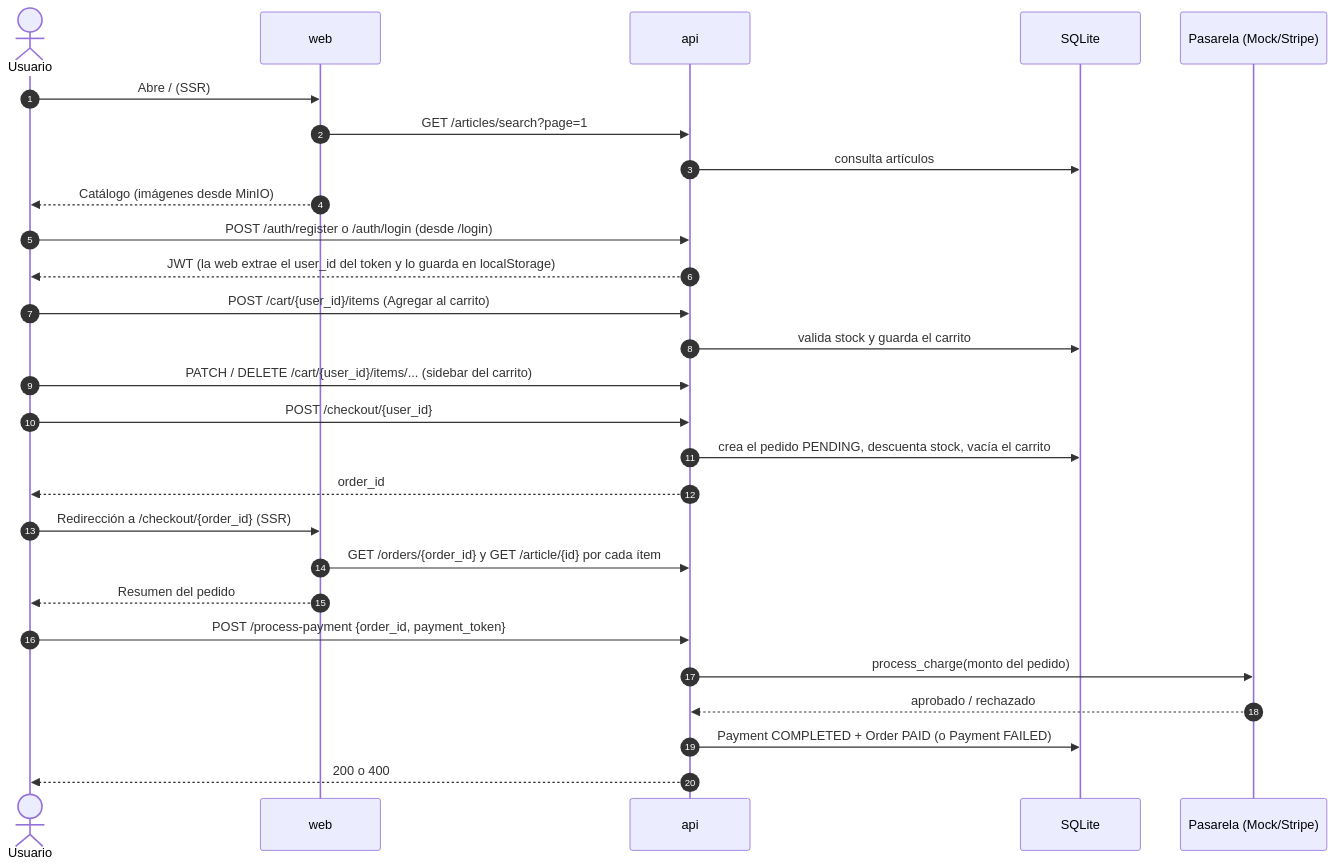
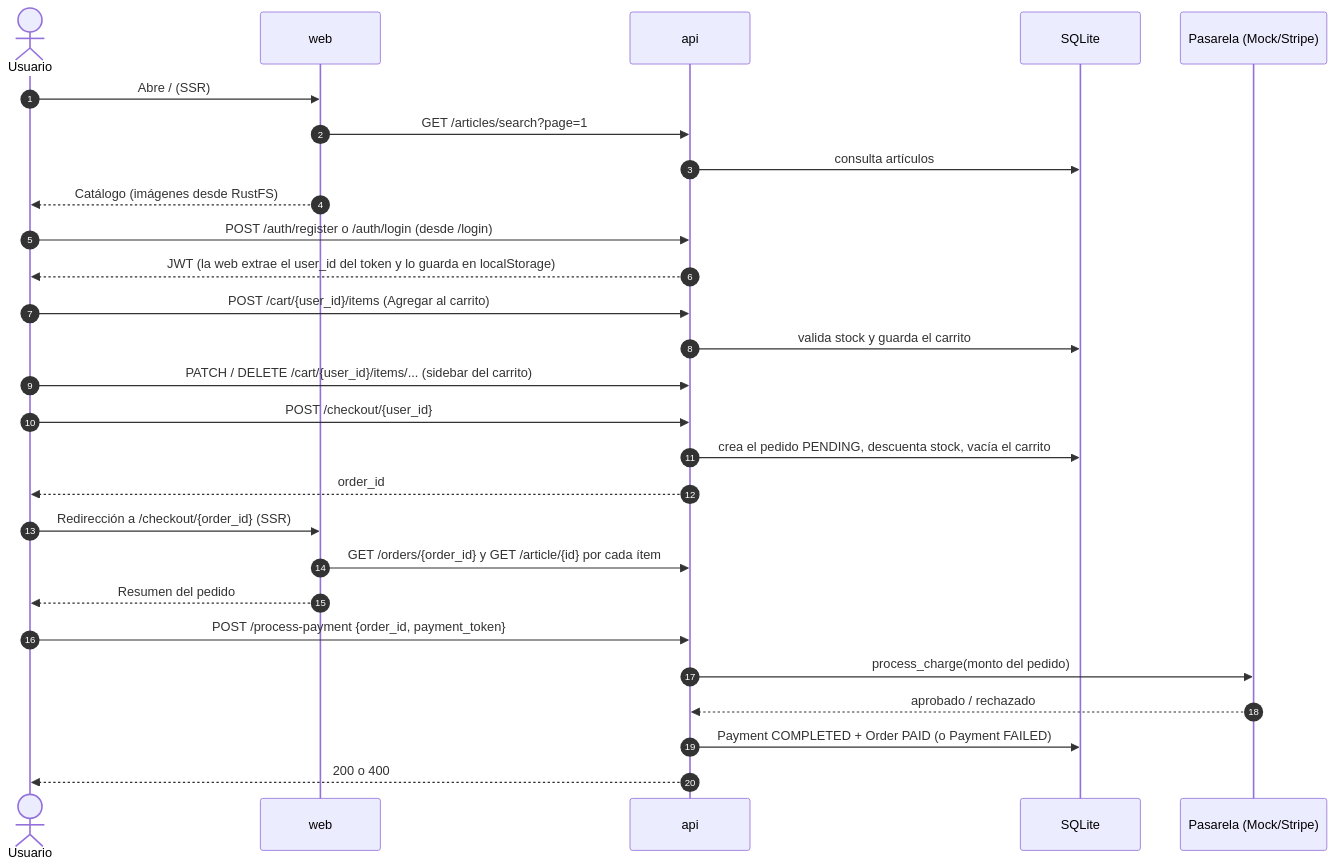
Before and after one commit to soyeison/virtual-shoes-catalog: the third of 3 diagrams in docs/architecture.md, drawn with Mermaid. The commit also changed other lines of this file and 2 other files, not shown here.

Commit message:
Update root docs for RustFS storage services

````diff
--- a/docs/architecture.md
+++ b/docs/architecture.md
@@ -128,34 +128,34 @@
 ```mermaid
 sequenceDiagram
     autonumber
     actor U as Usuario
     participant W as web
     participant A as api
     participant DB as SQLite
     participant G as Pasarela (Mock/Stripe)
 
     U->>W: Abre / (SSR)
     W->>A: GET /articles/search?page=1
     A->>DB: consulta artículos
-    W-->>U: Catálogo (imágenes desde MinIO)
+    W-->>U: Catálogo (imágenes desde RustFS)
 
     U->>A: POST /auth/register o /auth/login (desde /login)
     A-->>U: JWT (la web extrae el user_id del token y lo guarda en localStorage)
 
     U->>A: POST /cart/{user_id}/items (Agregar al carrito)
     A->>DB: valida stock y guarda el carrito
     U->>A: PATCH / DELETE /cart/{user_id}/items/... (sidebar del carrito)
 
     U->>A: POST /checkout/{user_id}
     A->>DB: crea el pedido PENDING, descuenta stock, vacía el carrito
     A-->>U: order_id
     U->>W: Redirección a /checkout/{order_id} (SSR)
     W->>A: GET /orders/{order_id} y GET /article/{id} por cada ítem
     W-->>U: Resumen del pedido
 
     U->>A: POST /process-payment {order_id, payment_token}
     A->>G: process_charge(monto del pedido)
     G-->>A: aprobado / rechazado
     A->>DB: Payment COMPLETED + Order PAID (o Payment FAILED)
     A-->>U: 200 o 400
 ```
````
